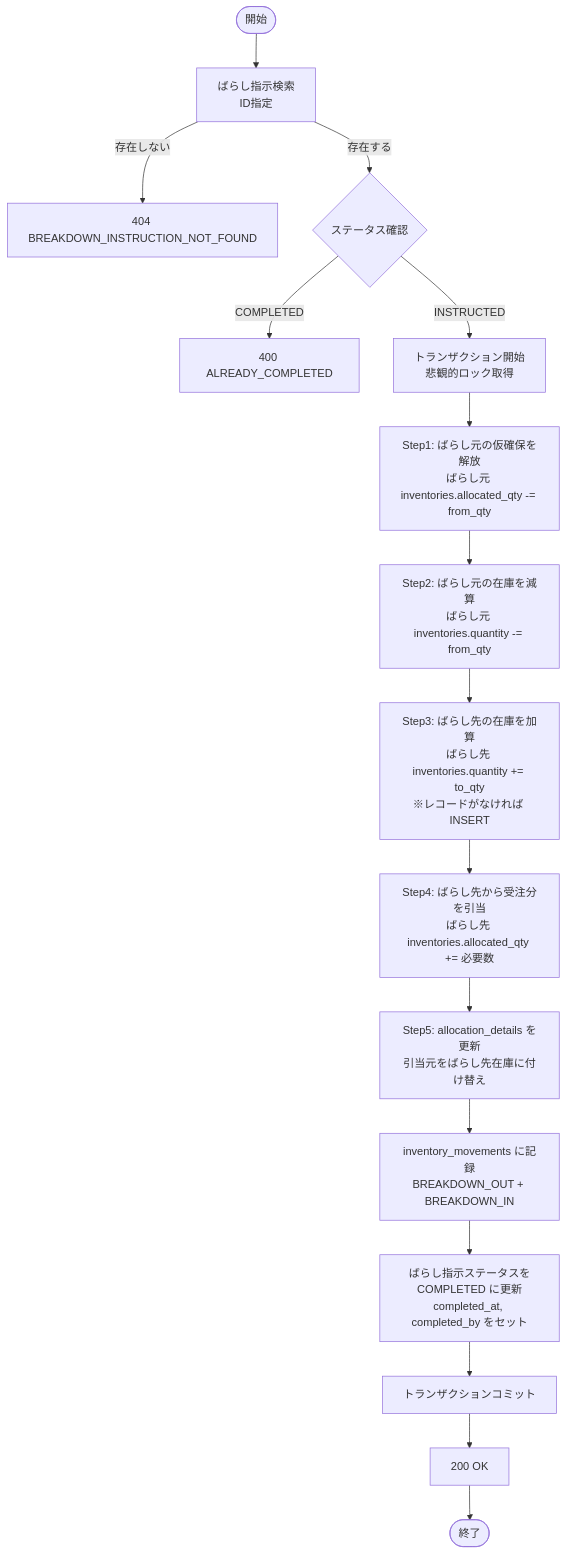
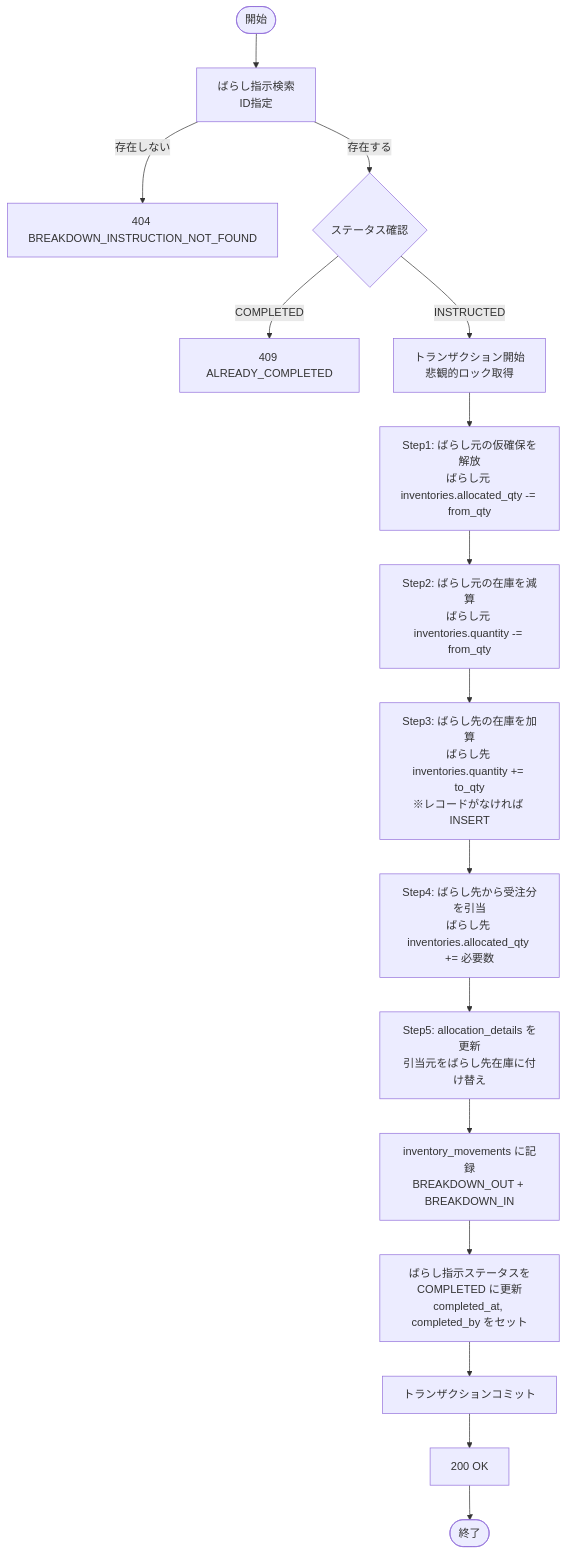
The second of 3 diagrams in docs/functional-design/API-12-allocation.md (hidefumiagata/wms), drawn with Mermaid before and after one commit. The commit also changed other lines of this file and 1 other file, not shown here.

First line of the commit message:
docs: #454 ばらし完了APIのALREADY_COMPLETED/RELEASE_NOT_ALLOWEDのHTTPステータスを実装に合わせて409に修正 / Align ALREADY_COMPLETED and RELEASE_NOT_ALLOWED HTTP status with implementation (409)

````diff
--- a/docs/functional-design/API-12-allocation.md
+++ b/docs/functional-design/API-12-allocation.md
@@ -457,18 +457,18 @@
 ```mermaid
 flowchart TD
     START([開始]) --> FIND[ばらし指示検索\nID指定]
     FIND -->|存在しない| ERR_NF[404 BREAKDOWN_INSTRUCTION_NOT_FOUND]
     FIND -->|存在する| CHECK_STATUS{ステータス確認}
-    CHECK_STATUS -->|COMPLETED| ERR_DONE[400 ALREADY_COMPLETED]
+    CHECK_STATUS -->|COMPLETED| ERR_DONE[409 ALREADY_COMPLETED]
     CHECK_STATUS -->|INSTRUCTED| BEGIN_TX[トランザクション開始\n悲観的ロック取得]
     BEGIN_TX --> STEP1[Step1: ばらし元の仮確保を解放\nばらし元 inventories.allocated_qty -= from_qty]
     STEP1 --> STEP2[Step2: ばらし元の在庫を減算\nばらし元 inventories.quantity -= from_qty]
     STEP2 --> STEP3[Step3: ばらし先の在庫を加算\nばらし先 inventories.quantity += to_qty\n※レコードがなければ INSERT]
     STEP3 --> STEP4[Step4: ばらし先から受注分を引当\nばらし先 inventories.allocated_qty += 必要数]
     STEP4 --> STEP5[Step5: allocation_details を更新\n引当元をばらし先在庫に付け替え]
     STEP5 --> RECORD_MOV[inventory_movements に記録\nBREAKDOWN_OUT + BREAKDOWN_IN]
     RECORD_MOV --> UPDATE_STATUS[ばらし指示ステータスを\nCOMPLETED に更新\ncompleted_at, completed_by をセット]
     UPDATE_STATUS --> COMMIT[トランザクションコミット]
     COMMIT --> RESP[200 OK]
     RESP --> END([終了])
 ```
````
